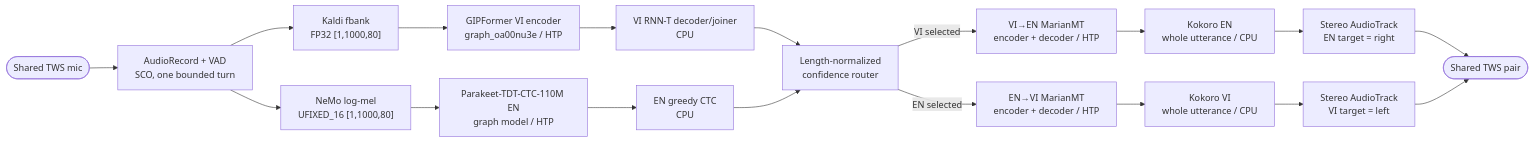
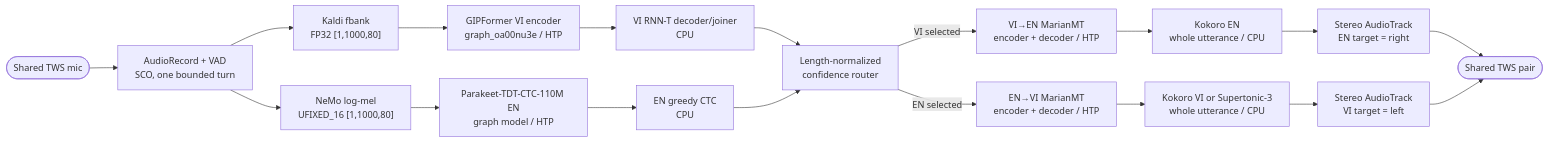
Before and after one commit to KhangPham205/onevoice-link-native: the first of 2 diagrams in docs/ARCHITECTURE.md, drawn with Mermaid. The commit also changed other lines of this file and 19 other files, not shown here.

````diff
--- a/docs/ARCHITECTURE.md
+++ b/docs/ARCHITECTURE.md
@@ -17,22 +17,22 @@
 ```mermaid
 flowchart LR
   Mic([Shared TWS mic]) --> Capture["AudioRecord + VAD<br/>SCO, one bounded turn"]
   Capture --> Frontend["Kaldi fbank<br/>FP32 [1,1000,80]"]
   Capture --> NemoFront["NeMo log-mel<br/>UFIXED_16 [1,1000,80]"]
 
   Frontend --> VIEnc["GIPFormer VI encoder<br/>graph_oa00nu3e / HTP"]
   NemoFront --> ENEnc["Parakeet-TDT-CTC-110M EN<br/>graph model / HTP"]
   VIEnc --> VIDec["VI RNN-T decoder/joiner<br/>CPU"]
   ENEnc --> ENDec["EN greedy CTC<br/>CPU"]
   VIDec --> Router["Length-normalized<br/>confidence router"]
   ENDec --> Router
 
   Router -->|VI selected| VIMT["VI→EN MarianMT<br/>encoder + decoder / HTP"]
   Router -->|EN selected| ENMT["EN→VI MarianMT<br/>encoder + decoder / HTP"]
   VIMT --> ENTTS["Kokoro EN<br/>whole utterance / CPU"]
-  ENMT --> VITTS["Kokoro VI<br/>whole utterance / CPU"]
+  ENMT --> VITTS["Kokoro VI or Supertonic-3<br/>whole utterance / CPU"]
   ENTTS --> Right["Stereo AudioTrack<br/>EN target = right"]
   VITTS --> Left["Stereo AudioTrack<br/>VI target = left"]
   Right --> Buds([Shared TWS pair])
   Left --> Buds
 ```
````
